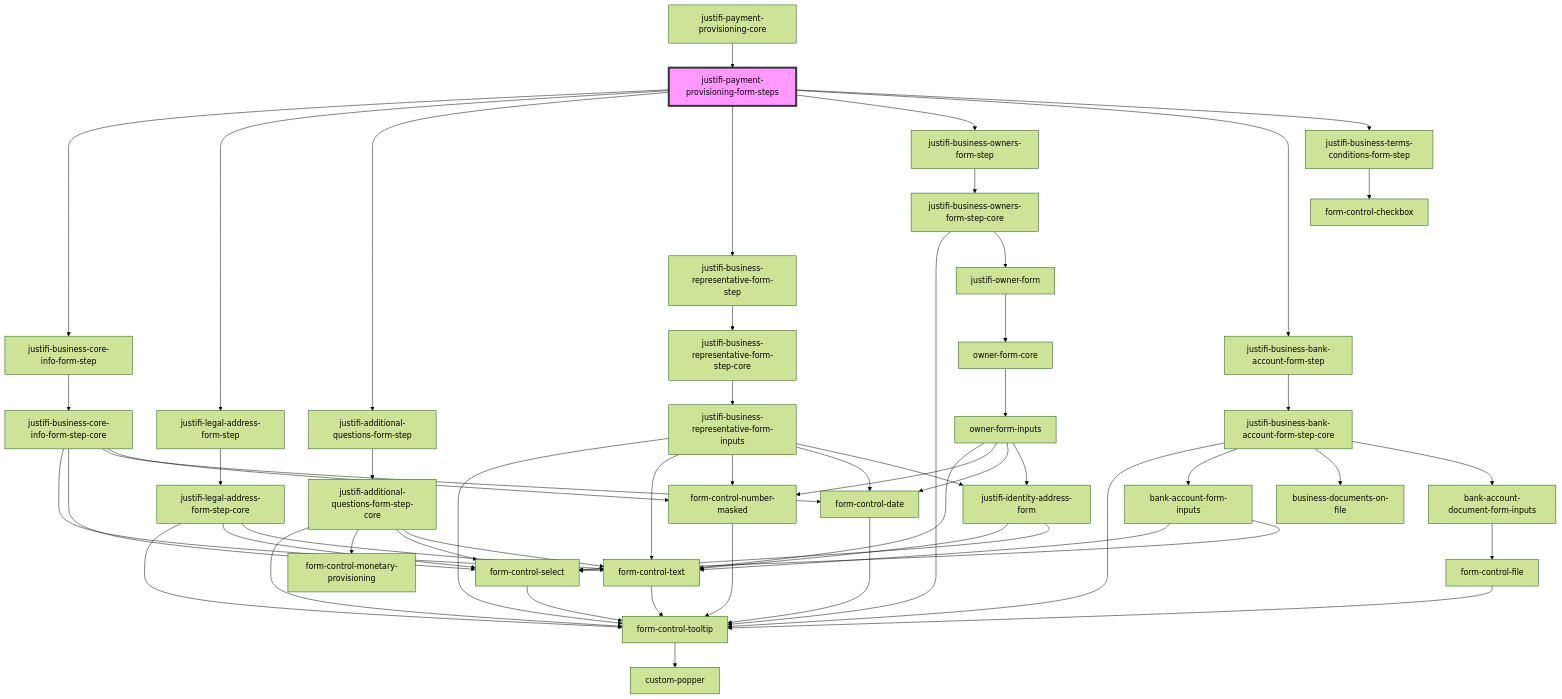
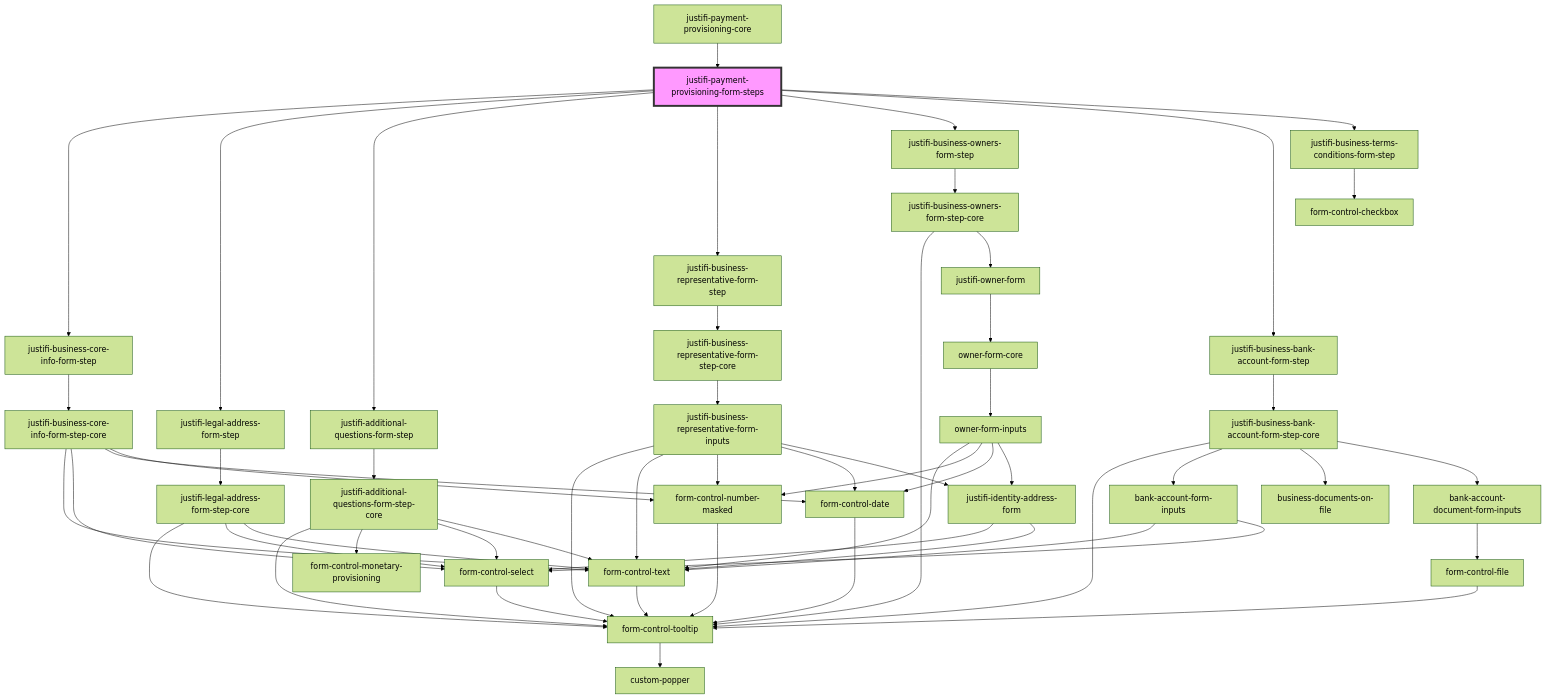
The diagram in packages/webcomponents/src/components/business-forms/payment-provisioning/readme.md (justifi-tech/web-component-library), drawn with Mermaid (forest theme) before and after one commit. The commit also changed other lines of this file and 11 other files, not shown here.

Commit message:
Refactor address forms to support multi-country validation and update related schemas. Replace payment provisioning address schema with a new business address schema, enhancing country-specific handling for states and postal codes.

````diff
--- a/packages/webcomponents/src/components/business-forms/payment-provisioning/readme.md
+++ b/packages/webcomponents/src/components/business-forms/payment-provisioning/readme.md
@@ -35,59 +35,59 @@
 ```mermaid
 graph TD;
   justifi-payment-provisioning-form-steps --> justifi-business-core-info-form-step
   justifi-payment-provisioning-form-steps --> justifi-legal-address-form-step
   justifi-payment-provisioning-form-steps --> justifi-additional-questions-form-step
   justifi-payment-provisioning-form-steps --> justifi-business-representative-form-step
   justifi-payment-provisioning-form-steps --> justifi-business-owners-form-step
   justifi-payment-provisioning-form-steps --> justifi-business-bank-account-form-step
   justifi-payment-provisioning-form-steps --> justifi-business-terms-conditions-form-step
   justifi-business-core-info-form-step --> justifi-business-core-info-form-step-core
   justifi-business-core-info-form-step-core --> form-control-text
   justifi-business-core-info-form-step-core --> form-control-select
   justifi-business-core-info-form-step-core --> form-control-date
   justifi-business-core-info-form-step-core --> form-control-number-masked
   form-control-text --> form-control-tooltip
   form-control-tooltip --> custom-popper
   form-control-select --> form-control-tooltip
   form-control-date --> form-control-tooltip
   form-control-number-masked --> form-control-tooltip
   justifi-legal-address-form-step --> justifi-legal-address-form-step-core
   justifi-legal-address-form-step-core --> form-control-tooltip
   justifi-legal-address-form-step-core --> form-control-select
   justifi-legal-address-form-step-core --> form-control-text
   justifi-additional-questions-form-step --> justifi-additional-questions-form-step-core
   justifi-additional-questions-form-step-core --> form-control-tooltip
   justifi-additional-questions-form-step-core --> form-control-monetary-provisioning
   justifi-additional-questions-form-step-core --> form-control-select
   justifi-additional-questions-form-step-core --> form-control-text
   justifi-business-representative-form-step --> justifi-business-representative-form-step-core
   justifi-business-representative-form-step-core --> justifi-business-representative-form-inputs
   justifi-business-representative-form-inputs --> form-control-tooltip
   justifi-business-representative-form-inputs --> form-control-text
   justifi-business-representative-form-inputs --> form-control-number-masked
   justifi-business-representative-form-inputs --> form-control-date
   justifi-business-representative-form-inputs --> justifi-identity-address-form
+  justifi-identity-address-form --> form-control-select
   justifi-identity-address-form --> form-control-text
-  justifi-identity-address-form --> form-control-select
   justifi-business-owners-form-step --> justifi-business-owners-form-step-core
   justifi-business-owners-form-step-core --> form-control-tooltip
   justifi-business-owners-form-step-core --> justifi-owner-form
   justifi-owner-form --> owner-form-core
   owner-form-core --> owner-form-inputs
   owner-form-inputs --> form-control-text
   owner-form-inputs --> form-control-number-masked
   owner-form-inputs --> form-control-date
   owner-form-inputs --> justifi-identity-address-form
   justifi-business-bank-account-form-step --> justifi-business-bank-account-form-step-core
   justifi-business-bank-account-form-step-core --> form-control-tooltip
   justifi-business-bank-account-form-step-core --> bank-account-form-inputs
   justifi-business-bank-account-form-step-core --> business-documents-on-file
   justifi-business-bank-account-form-step-core --> bank-account-document-form-inputs
   bank-account-form-inputs --> form-control-text
   bank-account-form-inputs --> form-control-select
   bank-account-document-form-inputs --> form-control-file
   form-control-file --> form-control-tooltip
   justifi-business-terms-conditions-form-step --> form-control-checkbox
   justifi-payment-provisioning-core --> justifi-payment-provisioning-form-steps
   style justifi-payment-provisioning-form-steps fill:#f9f,stroke:#333,stroke-width:4px
 ```
````
